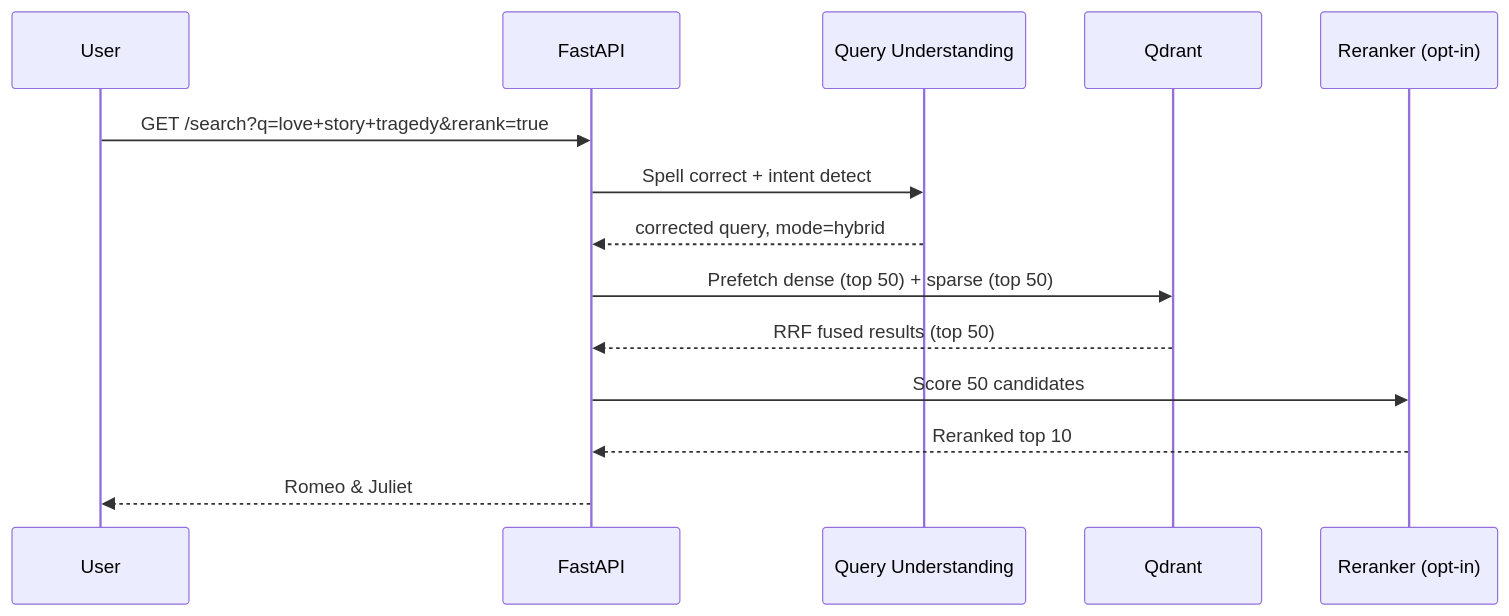
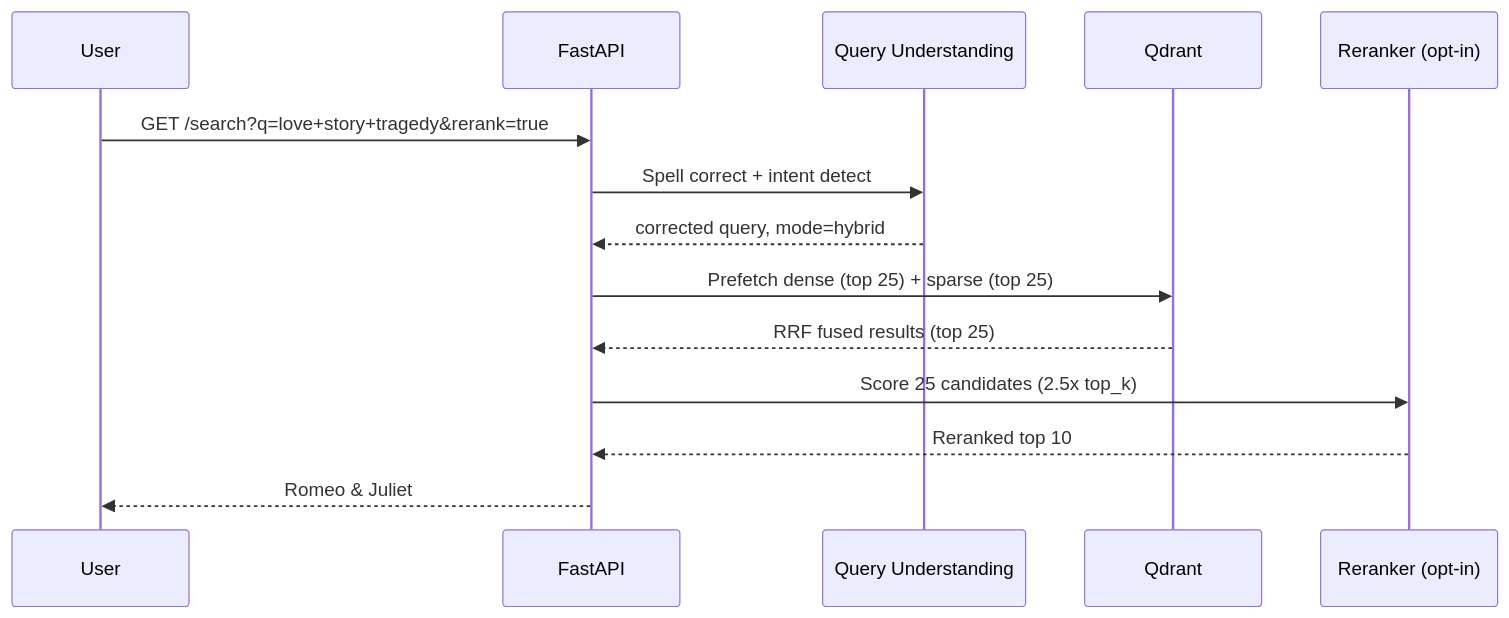
One commit to TruaShamu/ai-search changed the second of 4 diagrams in README.md. Above: the diagram before and after it, drawn with Mermaid. The commit also changed other lines of this file and 36 other files, not shown here.

````diff
--- a/README.md
+++ b/README.md
@@ -50,17 +50,17 @@
 ```mermaid
 sequenceDiagram
     participant User
     participant API as FastAPI
     participant QU as Query Understanding
     participant Q as Qdrant
     participant RR as Reranker (opt-in)
 
     User->>API: GET /search?q=love+story+tragedy&rerank=true
     API->>QU: Spell correct + intent detect
     QU-->>API: corrected query, mode=hybrid
-    API->>Q: Prefetch dense (top 50) + sparse (top 50)
-    Q-->>API: RRF fused results (top 50)
-    API->>RR: Score 50 candidates
+    API->>Q: Prefetch dense (top 25) + sparse (top 25)
+    Q-->>API: RRF fused results (top 25)
+    API->>RR: Score 25 candidates (2.5x top_k)
     RR-->>API: Reranked top 10
     API-->>User: Romeo & Juliet #1, Carmen #2, ...
 ```
````
